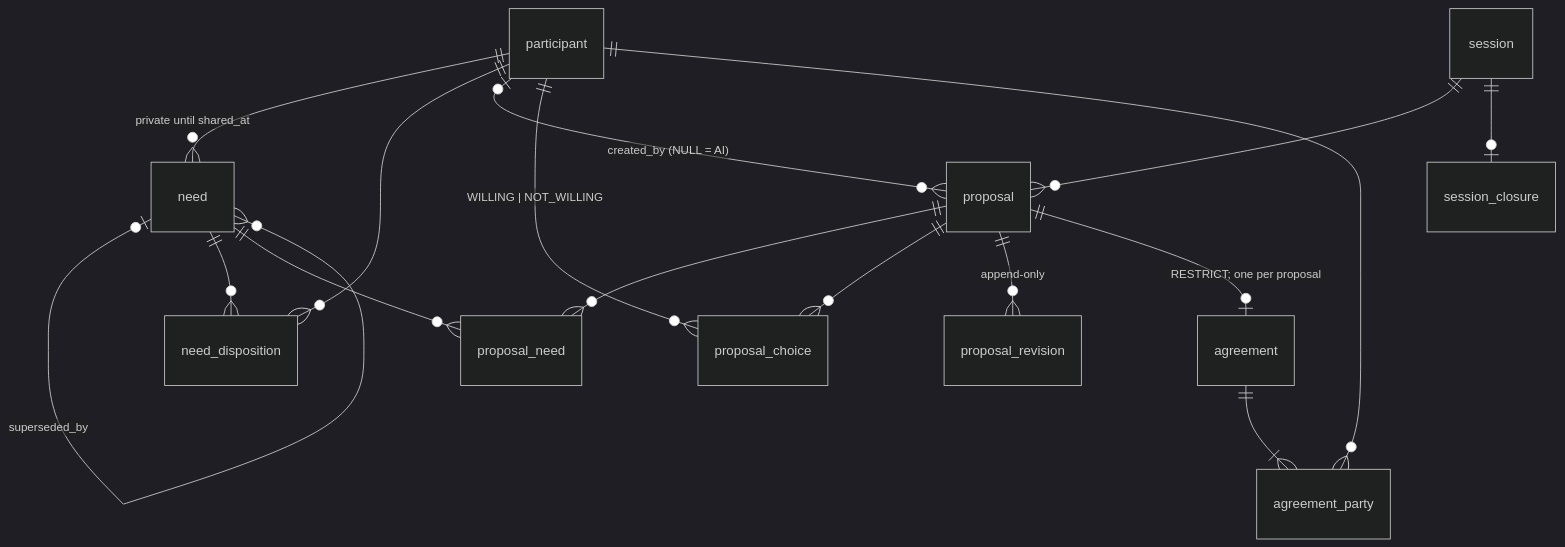
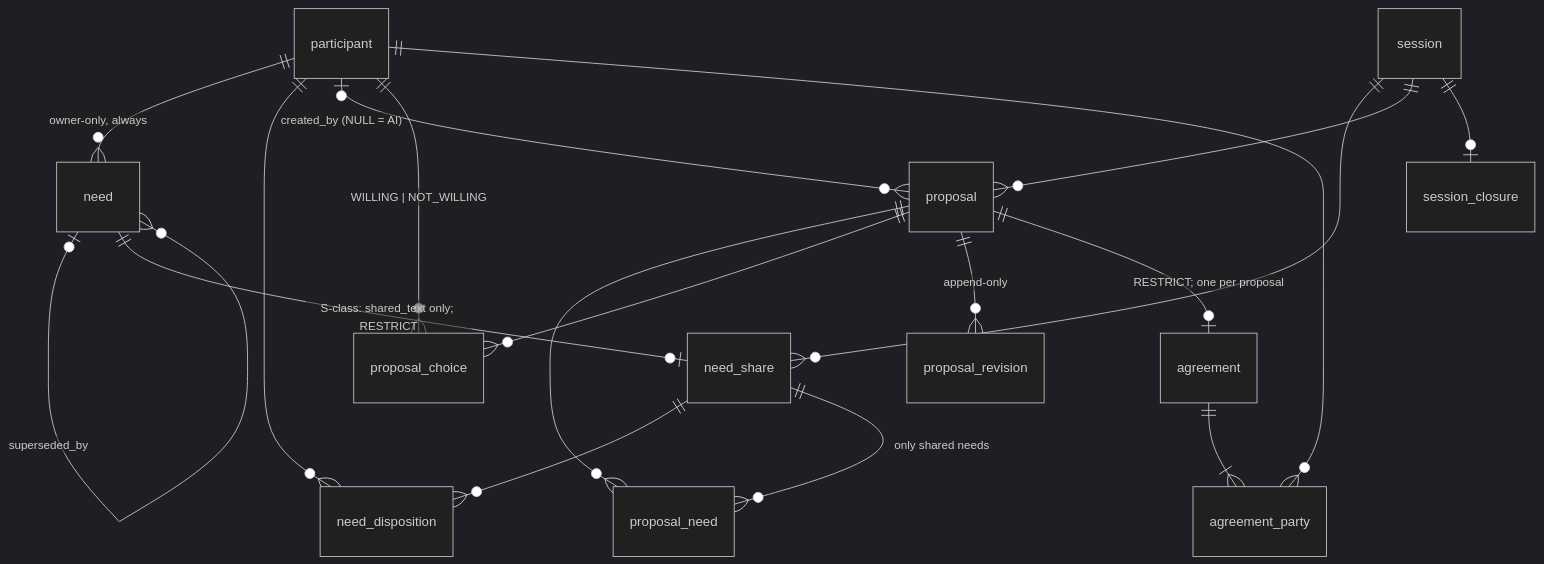
Before and after one commit to phyrworks/meet-without-fear: the fourth of 8 diagrams in docs/backend/data-model/schema-target-2026-10.md, drawn with Mermaid (dark theme). The commit also changed other lines of this file, not shown here.

Commit message:
docs: target schema — adversarial revision (need_share split, revealed_at subject arm, consent arc only, definer helpers, key classes, Prisma 7.10 facts)

````diff
--- a/docs/backend/data-model/schema-target-2026-10.md
+++ b/docs/backend/data-model/schema-target-2026-10.md
@@ -863,18 +887,20 @@
 ```mermaid
 erDiagram
-    participant ||--o{ need : "private until shared_at"
+    participant ||--o{ need : "owner-only, always"
     need |o--o{ need : "superseded_by"
+    need ||--o| need_share : "S-class: shared_text only; RESTRICT"
+    session ||--o{ need_share : ""
     participant ||--o{ need_disposition : ""
-    need ||--o{ need_disposition : ""
+    need_share ||--o{ need_disposition : ""
     session ||--o{ proposal : ""
     participant |o--o{ proposal : "created_by (NULL = AI)"
     proposal ||--o{ proposal_need : ""
-    need ||--o{ proposal_need : ""
+    need_share ||--o{ proposal_need : "only shared needs"
     proposal ||--o{ proposal_choice : ""
     participant ||--o{ proposal_choice : "WILLING | NOT_WILLING"
     proposal ||--o{ proposal_revision : "append-only"
     proposal ||--o| agreement : "RESTRICT; one per proposal"
     agreement ||--|{ agreement_party : ""
     participant ||--o{ agreement_party : ""
     session ||--o| session_closure : ""
 ```
````
